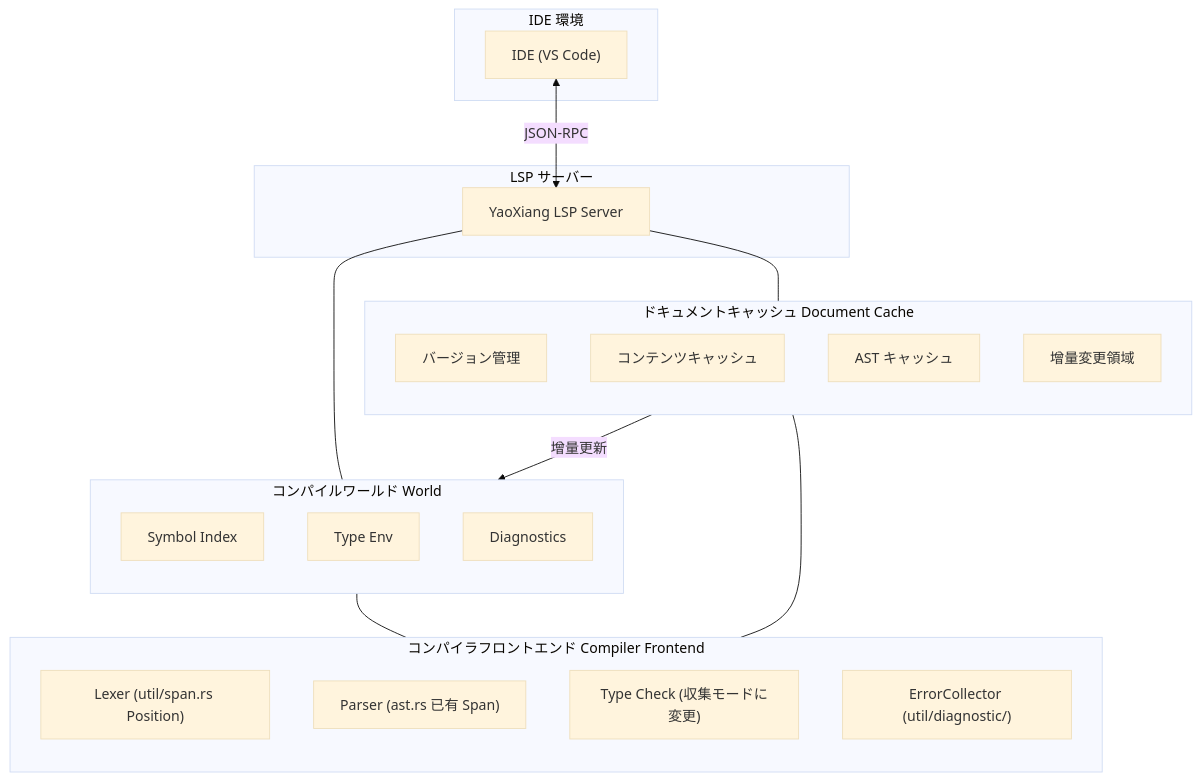
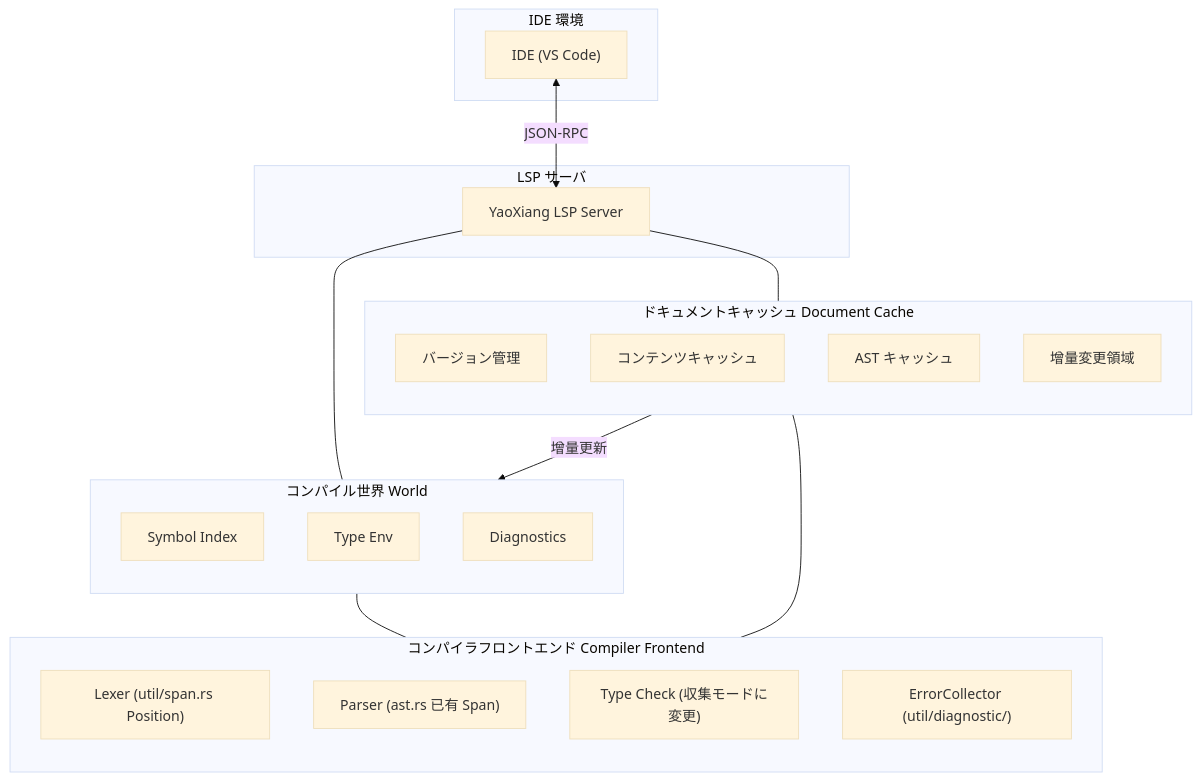
Before and after one commit to ChenXu233/YaoXiang: the diagram in docs/src/ja/design/rfc/accepted/017-lsp-support.md, drawn with Mermaid (base theme). The commit also changed other lines of this file and 101 other files, not shown here.

````diff
--- a/docs/src/ja/design/rfc/accepted/017-lsp-support.md
+++ b/docs/src/ja/design/rfc/accepted/017-lsp-support.md
@@ -138,43 +140,43 @@
 ```mermaid
 flowchart TD
     subgraph IDE_Environment [IDE 環境]
         IDE["IDE (VS Code)"]
     end
 
-    subgraph LSP_Server [LSP サーバー]
+    subgraph LSP_Server [LSP サーバ]
         LSP["YaoXiang LSP Server"]
     end
 
-    subgraph World_Compile [コンパイルワールド World]
+    subgraph World_Compile [コンパイル世界 World]
         direction TB
         W_Symbol["Symbol Index"]
         W_Type["Type Env"]
         W_Diag["Diagnostics"]
     end
 
     subgraph Cache [ドキュメントキャッシュ Document Cache]
         direction TB
         C_Version["バージョン管理"]
         C_Content["コンテンツキャッシュ"]
         C_AST["AST キャッシュ"]
         C_Delta["增量変更領域"]
     end
 
     subgraph Frontend [コンパイラフロントエンド Compiler Frontend]
         direction TB
         F_Lexer["Lexer (util/span.rs Position)"]
         F_Parser["Parser (ast.rs 已有 Span)"]
         F_TypeCheck["Type Check (収集モードに変更)"]
         F_ErrorCollector["ErrorCollector (util/diagnostic/)"]
     end
 
     IDE <-->|JSON-RPC| LSP
 
     LSP --- World_Compile
     LSP --- Cache
 
     Cache -- "增量更新" --> World_Compile
 
     World_Compile --- Frontend
     Cache --- Frontend
 ```
````
